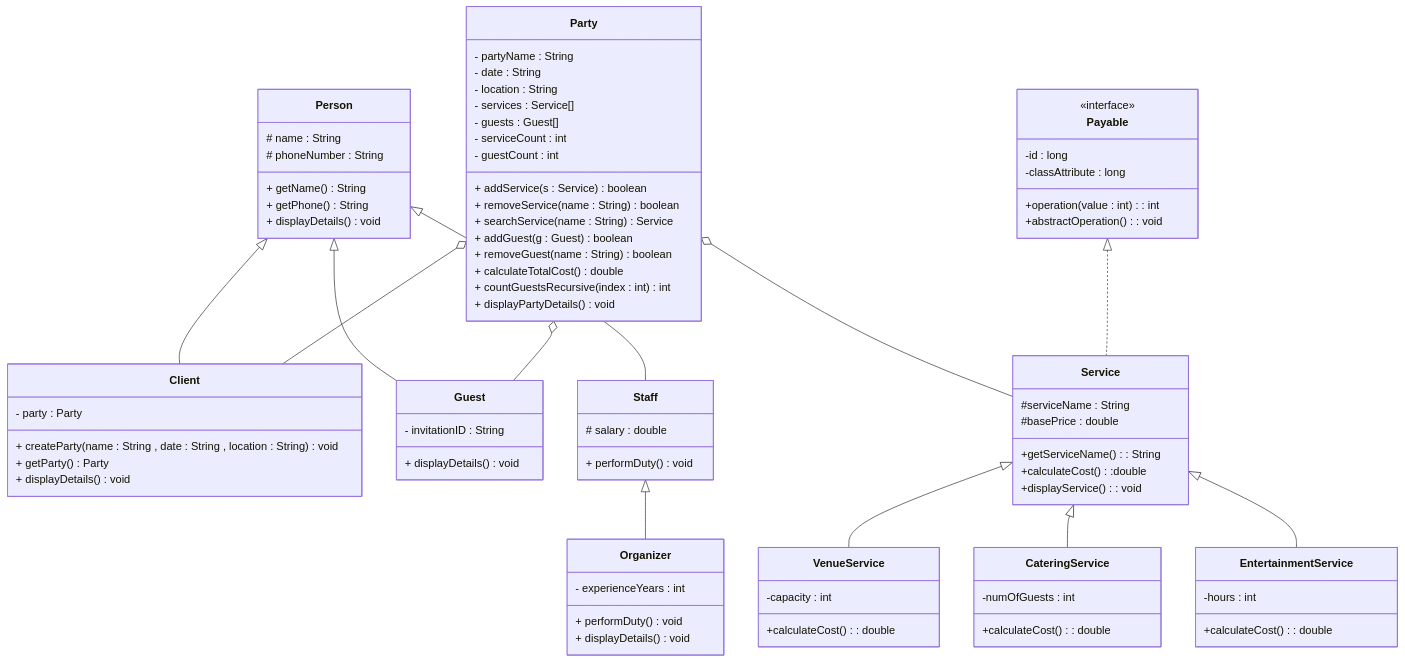
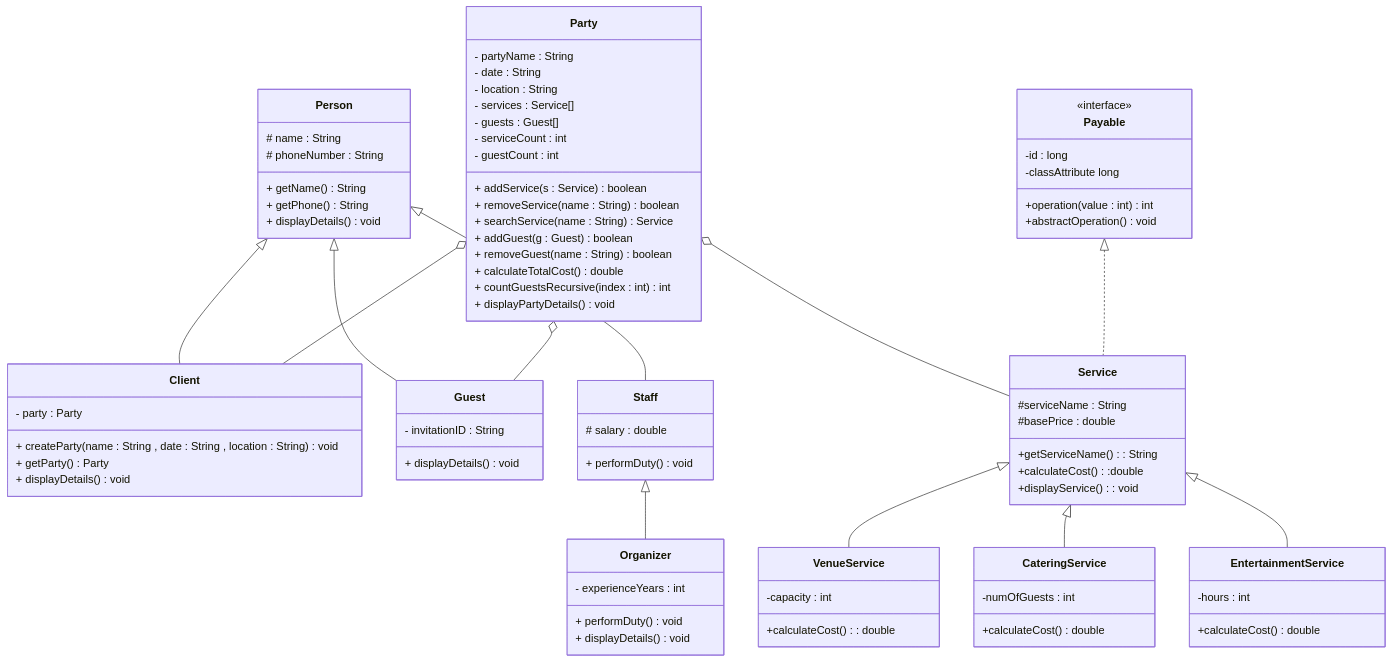
One commit to Aljawharah46/CSC113-project-P1 changed the diagram in README.md. Above: the diagram before and after it, drawn with Mermaid.

```diff
--- a/README.md
+++ b/README.md
@@ -66,20 +66,20 @@
 
 class CateringService {
 -numOfGuests : int
-+calculateCost() : double
++calculateCost() double
 }
 
 class EntertainmentService {
 -hours : int
-+calculateCost() : double
++calculateCost()  double
 }
 
 class Payable {
 <<interface>>
 -id : long
--classAttribute : long
-+operation(value : int) : int
-+abstractOperation() : void
+-classAttribute  long
++operation(value : int) int
++abstractOperation()  void
 }
 
 Person <|-- Client
```
